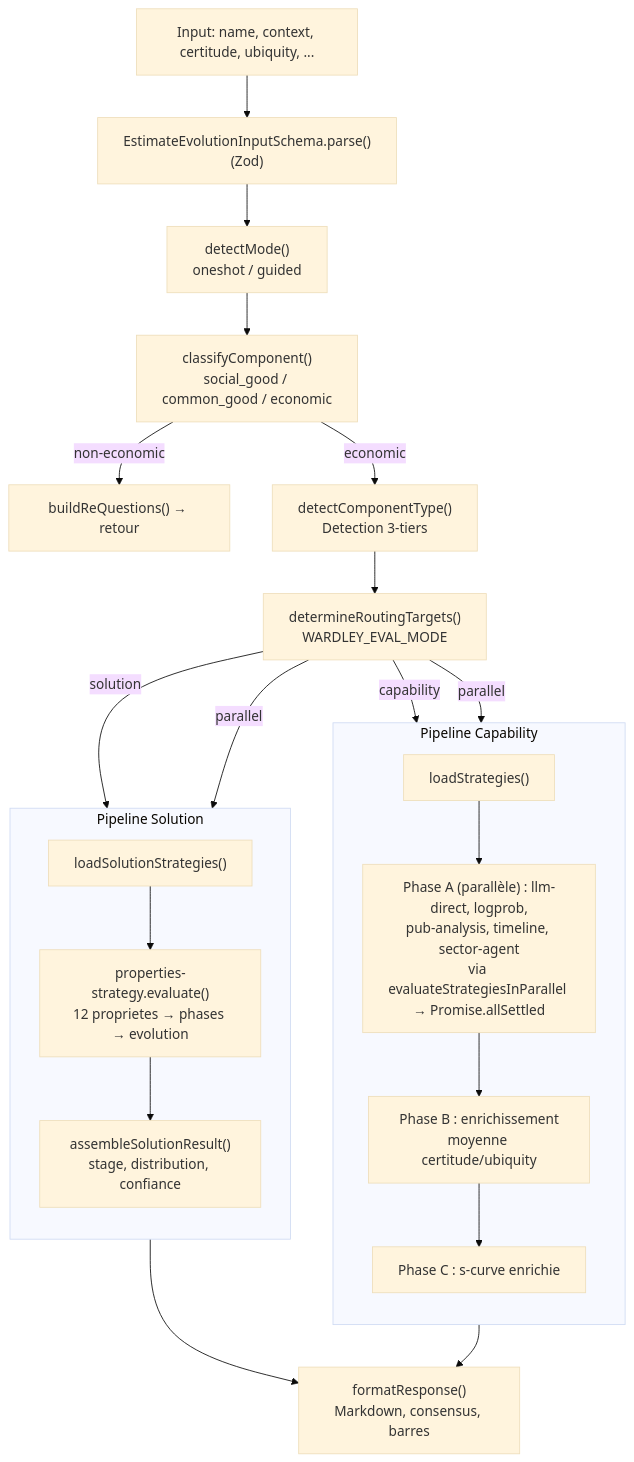
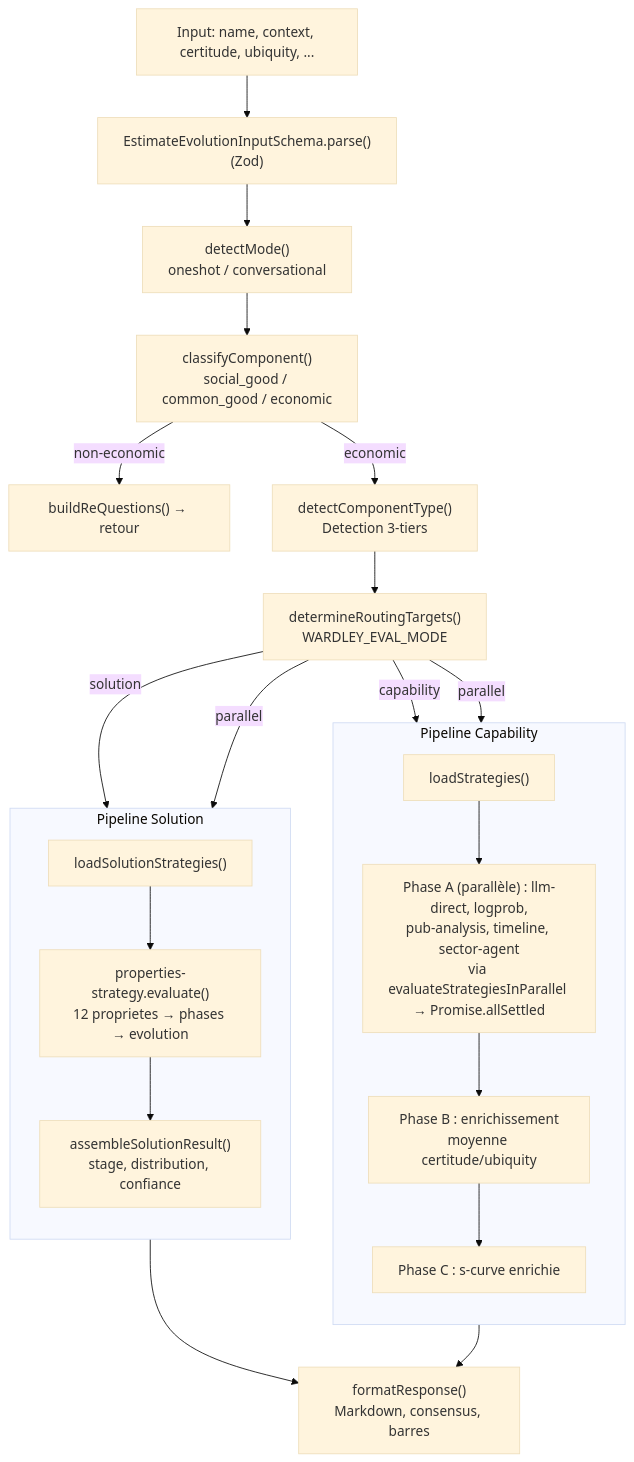
Before and after one commit to formicoidea/labre-mcp: the third of 5 diagrams in docs/technical/architecture.md, drawn with Mermaid (base theme). The commit also changed other lines of this file and 7 other files, not shown here.

First line of the commit message:
docs: align with auto/report routing and conversational mode

````diff
--- a/docs/technical/architecture.md
+++ b/docs/technical/architecture.md
@@ -209,32 +210,32 @@
 ```mermaid
 flowchart TD
     Input["Input: name, context, certitude, ubiquity, ..."]
     Input --> Validate["EstimateEvolutionInputSchema.parse()\n(Zod)"]
-    Validate --> Mode["detectMode()\noneshot / guided"]
+    Validate --> Mode["detectMode()\noneshot / conversational"]
     Mode --> Classify["classifyComponent()\nsocial_good / common_good / economic"]
     Classify -->|"non-economic"| ReQ["buildReQuestions() → retour"]
     Classify -->|"economic"| Detect["detectComponentType()\nDetection 3-tiers"]
 
     Detect --> Targets["determineRoutingTargets()\nWARDLEY_EVAL_MODE"]
 
     Targets -->|"solution"| SolPipe["Pipeline Solution"]
     Targets -->|"capability"| CapPipe["Pipeline Capability"]
     Targets -->|"parallel"| SolPipe & CapPipe
 
     subgraph SolPipe["Pipeline Solution"]
         direction TB
         SLoad["loadSolutionStrategies()"]
         SLoad --> SProp["properties-strategy.evaluate()\n12 proprietes → phases → evolution"]
         SProp --> SAssemble["assembleSolutionResult()\nstage, distribution, confiance"]
     end
 
     subgraph CapPipe["Pipeline Capability"]
         direction TB
         CLoad["loadStrategies()"]
         CLoad --> PhaseA["Phase A (parallèle) : llm-direct, logprob,\npub-analysis, timeline, sector-agent\nvia evaluateStrategiesInParallel → Promise.allSettled"]
         PhaseA --> PhaseB["Phase B : enrichissement\nmoyenne certitude/ubiquity"]
         PhaseB --> PhaseC["Phase C : s-curve enrichie"]
     end
 
     SolPipe & CapPipe --> Format["formatResponse()\nMarkdown, consensus, barres"]
 ```
````
